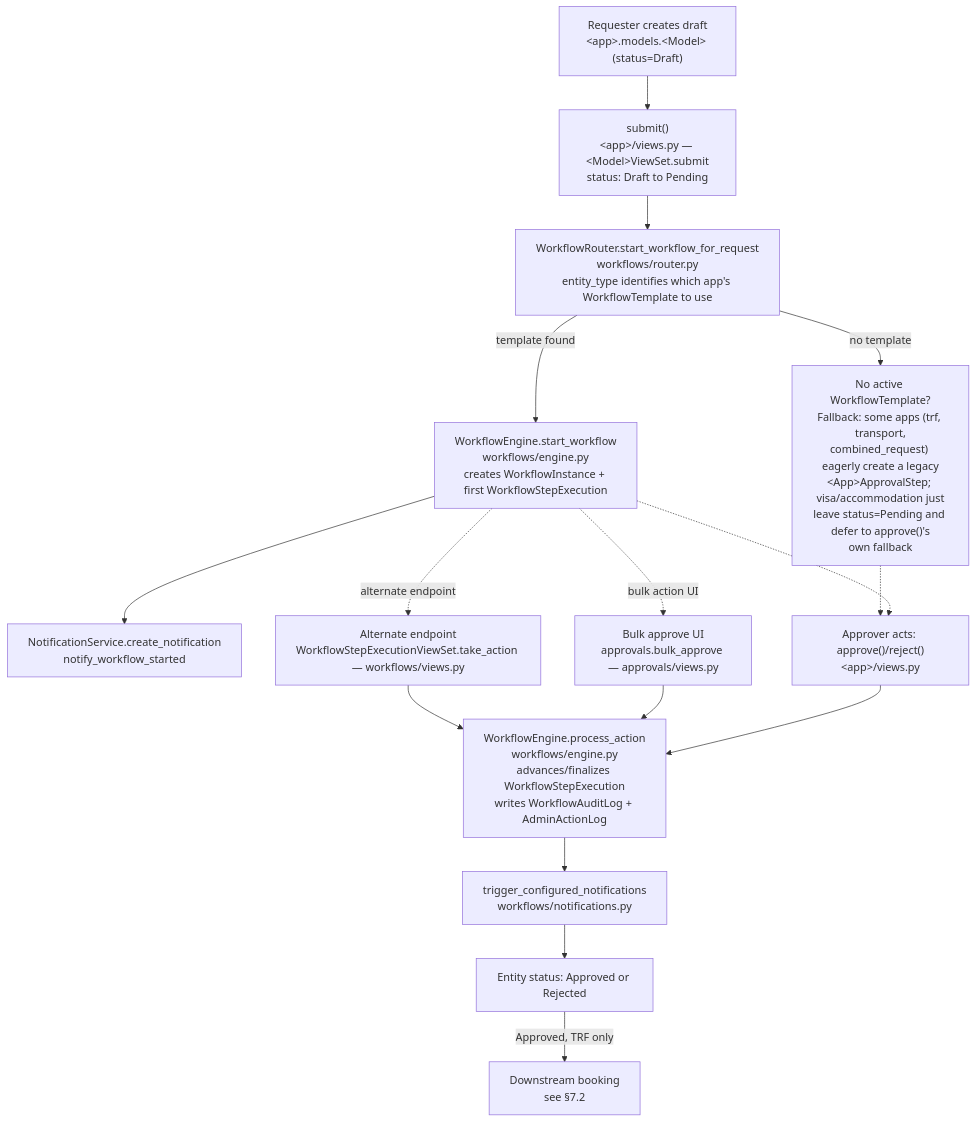
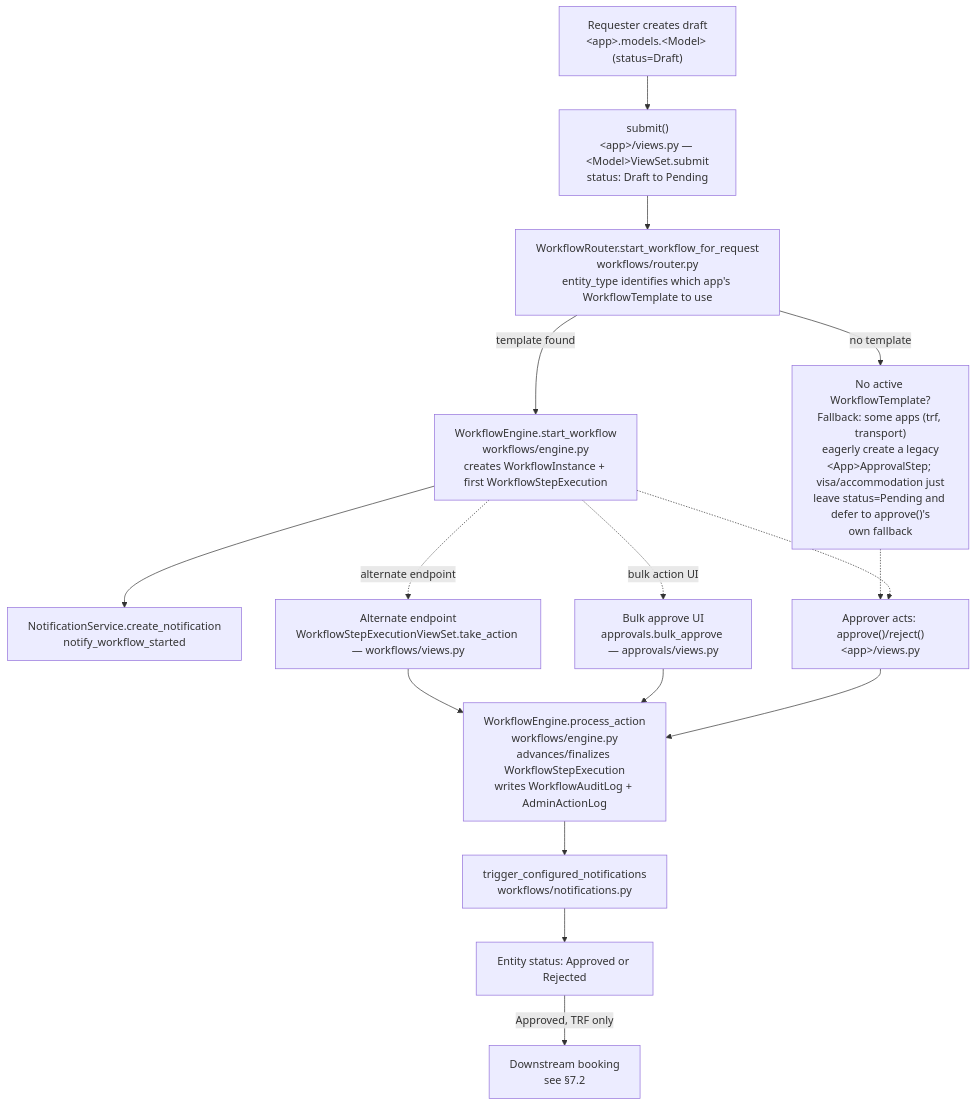
Before and after one commit to arslant84/tms.app: the eighth of 11 diagrams in docs/ARCHITECTURE.md, drawn with Mermaid. The commit also changed other lines of this file, not shown here.

First line of the commit message:
Update architecture doc for Celery/Redis/MinIO adoption and Combined Request removal

````diff
--- a/docs/ARCHITECTURE.md
+++ b/docs/ARCHITECTURE.md
@@ -322,31 +344,31 @@
 ```mermaid
 flowchart TD
     C["Requester creates draft<br/>&lt;app&gt;.models.&lt;Model&gt; (status=Draft)"]
     S["submit()<br/>&lt;app&gt;/views.py — &lt;Model&gt;ViewSet.submit<br/>status: Draft to Pending"]
     WR["WorkflowRouter.start_workflow_for_request<br/>workflows/router.py<br/>entity_type identifies which app's WorkflowTemplate to use"]
     WE1["WorkflowEngine.start_workflow<br/>workflows/engine.py<br/>creates WorkflowInstance + first WorkflowStepExecution"]
     N1["NotificationService.create_notification<br/>notify_workflow_started"]
-    LEG["No active WorkflowTemplate?<br/>Fallback: some apps (trf, transport,<br/>combined_request) eagerly create a legacy<br/>&lt;App&gt;ApprovalStep; visa/accommodation just<br/>leave status=Pending and defer to approve()'s<br/>own fallback"]
+    LEG["No active WorkflowTemplate?<br/>Fallback: some apps (trf, transport)<br/>eagerly create a legacy<br/>&lt;App&gt;ApprovalStep; visa/accommodation just<br/>leave status=Pending and defer to approve()'s<br/>own fallback"]
 
     A["Approver acts: approve()/reject()<br/>&lt;app&gt;/views.py"]
     AB["Bulk approve UI<br/>approvals.bulk_approve — approvals/views.py"]
     TA["Alternate endpoint<br/>WorkflowStepExecutionViewSet.take_action — workflows/views.py"]
     WE2["WorkflowEngine.process_action<br/>workflows/engine.py<br/>advances/finalizes WorkflowStepExecution<br/>writes WorkflowAuditLog + AdminActionLog"]
     N2["trigger_configured_notifications<br/>workflows/notifications.py"]
     FIN["Entity status: Approved or Rejected"]
 
     BK["Downstream booking<br/>see §7.2"]
 
     C --> S --> WR
     WR -->|"template found"| WE1 --> N1
     WR -->|"no template"| LEG
     WE1 -.-> A
     LEG -.-> A
     WE1 -.->|"bulk action UI"| AB
     WE1 -.->|"alternate endpoint"| TA
     A --> WE2
     AB --> WE2
     TA --> WE2
     WE2 --> N2 --> FIN
     FIN -->|"Approved, TRF only"| BK
 ```
````
